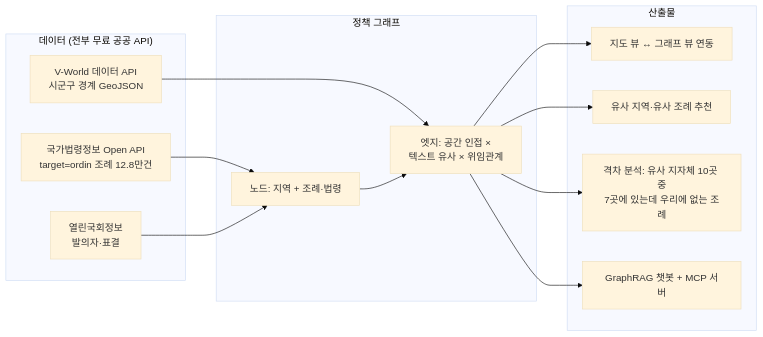
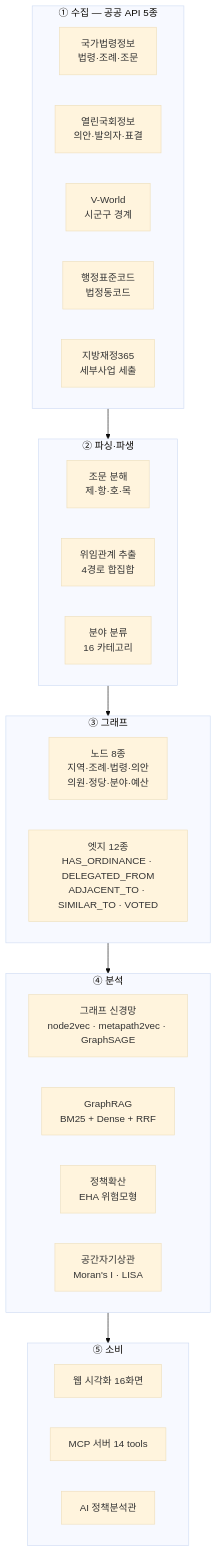
The diagram in README.md (tradeprogram/policymaps), drawn with Mermaid (base theme) before and after one commit. The commit also changed other lines of this file and 48 other files, not shown here.

````diff
--- a/README.md
+++ b/README.md
@@ -26,26 +67,31 @@
 ```mermaid
-flowchart LR
-    subgraph 데이터["데이터 (전부 무료 공공 API)"]
-        A[국가법령정보 Open API<br/>target=ordin 조례 12.8만건]
-        B[열린국회정보<br/>발의자·표결]
-        C[V-World 데이터 API<br/>시군구 경계 GeoJSON]
+flowchart TB
+    subgraph S1["① 수집 — 공공 API 5종"]
+        A1[국가법령정보<br/>법령·조례·조문]
+        A2[열린국회정보<br/>의안·발의자·표결]
+        A3[V-World<br/>시군구 경계]
+        A4[행정표준코드<br/>법정동코드]
+        A5[지방재정365<br/>세부사업 세출]
     end
-    subgraph 그래프["정책 그래프"]
-        D[노드: 지역 + 조례·법령]
-        E[엣지: 공간 인접 ×<br/>텍스트 유사 × 위임관계]
+    subgraph S2["② 파싱·파생"]
+        B1[조문 분해<br/>제·항·호·목]
+        B2[위임관계 추출<br/>4경로 합집합]
+        B3[분야 분류<br/>16 카테고리]
     end
-    subgraph 산출["산출물"]
-        F[지도 뷰 ↔ 그래프 뷰 연동]
-        G[유사 지역·유사 조례 추천]
-        H["격차 분석: 유사 지자체 10곳 중<br/>7곳에 있는데 우리에 없는 조례"]
-        I[GraphRAG 챗봇 + MCP 서버]
+    subgraph S3["③ 그래프"]
+        C1[노드 8종<br/>지역·조례·법령·의안<br/>의원·정당·분야·예산]
+        C2[엣지 12종<br/>HAS_ORDINANCE · DELEGATED_FROM<br/>ADJACENT_TO · SIMILAR_TO · VOTED]
     end
-    A --> D
-    B --> D
-    C --> E
-    D --> E
-    E --> F
-    E --> G
-    E --> H
-    E --> I
+    subgraph S4["④ 분석"]
+        D1[그래프 신경망<br/>node2vec · metapath2vec · GraphSAGE]
+        D2[GraphRAG<br/>BM25 + Dense + RRF]
+        D3[정책확산<br/>EHA 위험모형]
+        D4[공간자기상관<br/>Moran's I · LISA]
+    end
+    subgraph S5["⑤ 소비"]
+        E1[웹 시각화 16화면]
+        E2[MCP 서버 14 tools]
+        E3[AI 정책분석관]
+    end
+    S1 --> S2 --> S3 --> S4 --> S5
 ```
````
